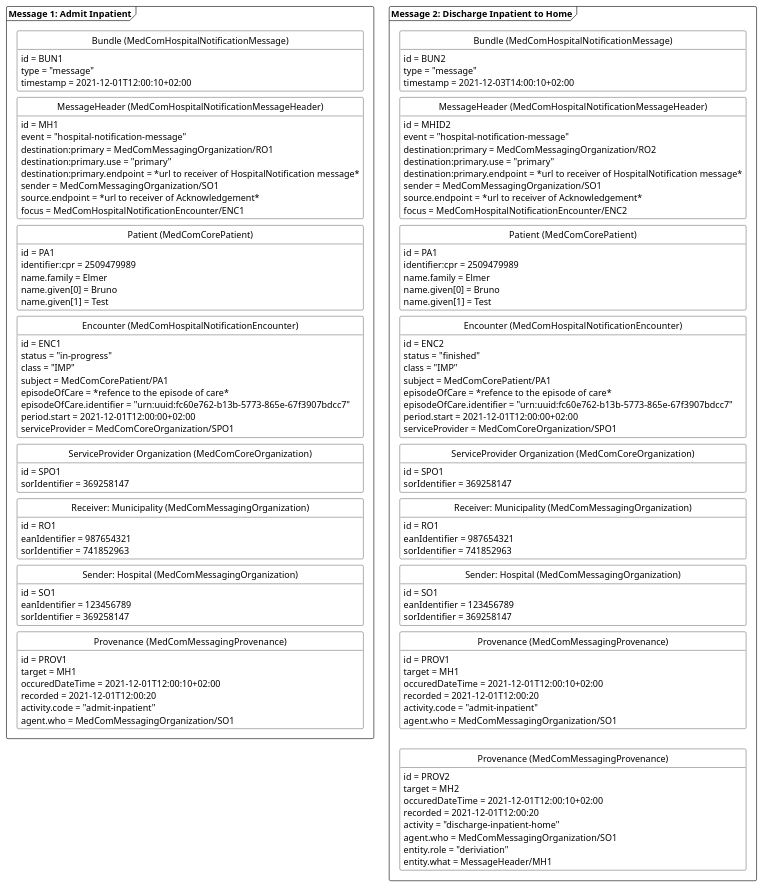
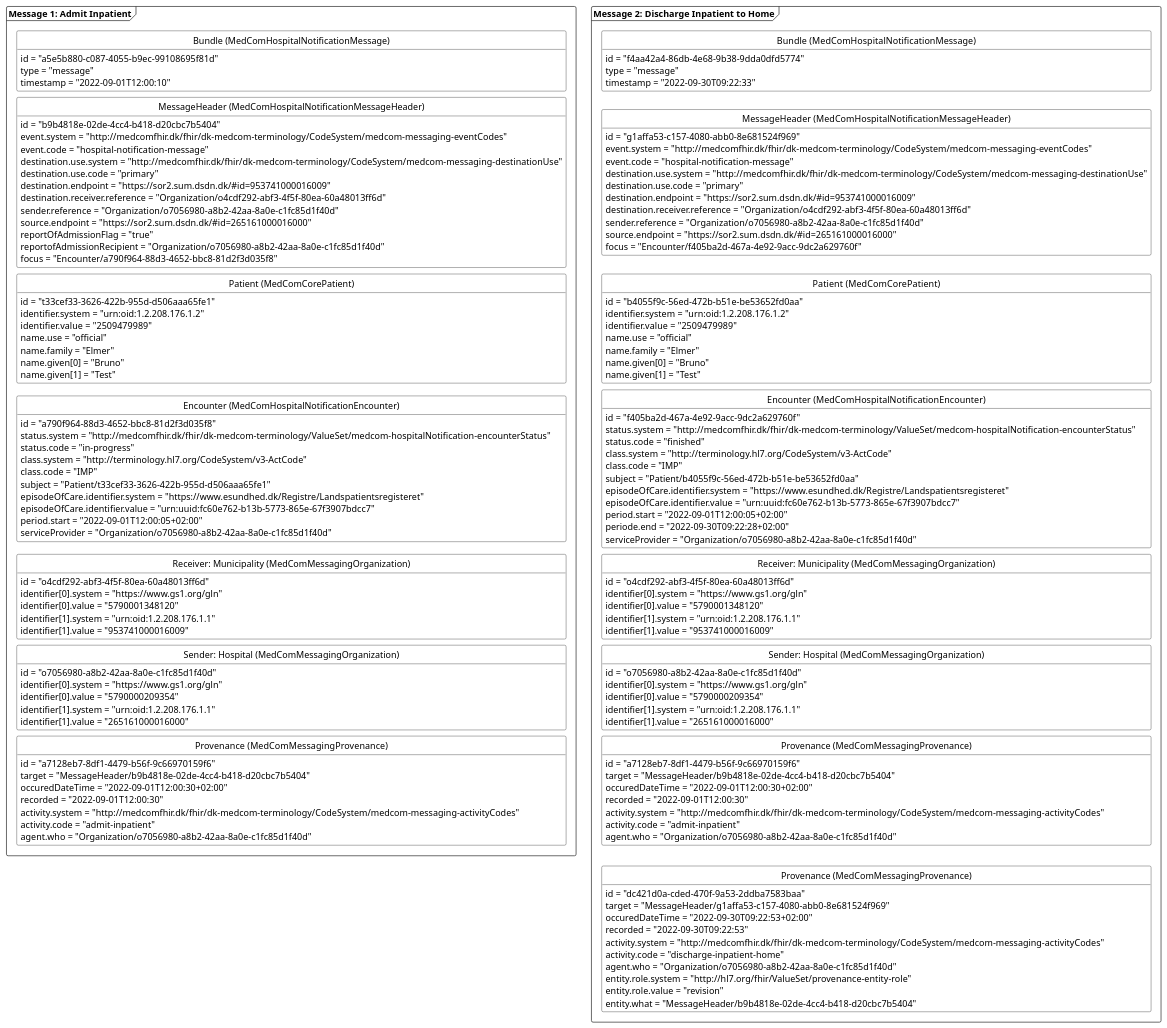
The diagram in puml/HospitalNotificationAdmitFinish.puml (medcomdk/dk-medcom-hospitalnotification), drawn with PlantUML before and after one commit. The commit also changed 22 other files, not shown here.

```diff
--- a/puml/HospitalNotificationAdmitFinish.puml
+++ b/puml/HospitalNotificationAdmitFinish.puml
@@ -1,165 +1,176 @@
-@startuml HNAdmitFinish
+@startuml HNAdmitInPat
 
 'layout
 skinparam class {
     BackgroundColor White
     BorderColor Black
     ArrowColor Black
   }
 hide circle
 hide empty members
 skinparam SameClassWidth true
 skinparam Ranksep 10
 
-
-'title
-'title Simplified example: Admit and Discharge Inpatient
-
 'Message 1: Admit inpatient
 package "Message 1: Admit Inpatient" as admit <<Frame>>{
     class "Bundle (MedComHospitalNotificationMessage)" as admitB{
-        id = BUN1
+        id = "a5e5b880-c087-4055-b9ec-99108695f81d"
         type = "message"
-        timestamp = 2021-12-01T12:00:10+02:00
+        timestamp = "2022-09-01T12:00:10"
     }
     class "MessageHeader (MedComHospitalNotificationMessageHeader)" as admitMH{
-        id = MH1
-        event = "hospital-notification-message"
-        destination:primary = MedComMessagingOrganization/RO1
-        destination:primary.use = "primary"
-        destination:primary.endpoint = *url to receiver of HospitalNotification message*
-        sender = MedComMessagingOrganization/SO1
-        source.endpoint = *url to receiver of Acknowledgement*
-        focus = MedComHospitalNotificationEncounter/ENC1
+        id = "b9b4818e-02de-4cc4-b418-d20cbc7b5404"
+        event.system = "http://medcomfhir.dk/fhir/dk-medcom-terminology/CodeSystem/medcom-messaging-eventCodes"
+        event.code = "hospital-notification-message"
+        destination.use.system = "http://medcomfhir.dk/fhir/dk-medcom-terminology/CodeSystem/medcom-messaging-destinationUse"
+        destination.use.code = "primary"
+        destination.endpoint = "https://sor2.sum.dsdn.dk/#id=953741000016009"
+        destination.receiver.reference = "Organization/o4cdf292-abf3-4f5f-80ea-60a48013ff6d"
+        sender.reference = "Organization/o7056980-a8b2-42aa-8a0e-c1fc85d1f40d"
+        source.endpoint = "https://sor2.sum.dsdn.dk/#id=265161000016000"
+        reportOfAdmissionFlag = "true"
+        reportofAdmissionRecipient = "Organization/o7056980-a8b2-42aa-8a0e-c1fc85d1f40d"
+        focus = "Encounter/a790f964-88d3-4652-bbc8-81d2f3d035f8"
     }
     class "Patient (MedComCorePatient)" as admitPT{
-        id = PA1
-        identifier:cpr = 2509479989
-        name.family = Elmer
-        name.given[0] = Bruno
-        name.given[1] = Test
+        id = "t33cef33-3626-422b-955d-d506aaa65fe1"
+        identifier.system = "urn:oid:1.2.208.176.1.2"
+        identifier.value = "2509479989"
+        name.use = "official"
+        name.family = "Elmer"
+        name.given[0] = "Bruno"
+        name.given[1] = "Test"
     }
     class "Encounter (MedComHospitalNotificationEncounter)" as admitENC{
-        id = ENC1
-        status = "in-progress"
-        class = "IMP"
-        subject = MedComCorePatient/PA1
-        episodeOfCare = *refence to the episode of care*
-        episodeOfCare.identifier = "urn:uuid:fc60e762-b13b-5773-865e-67f3907bdcc7"
-        period.start = 2021-12-01T12:00:00+02:00
-        serviceProvider = MedComCoreOrganization/SPO1
+        id = "a790f964-88d3-4652-bbc8-81d2f3d035f8"
+        status.system = "http://medcomfhir.dk/fhir/dk-medcom-terminology/ValueSet/medcom-hospitalNotification-encounterStatus"
+        status.code = "in-progress"
+        class.system = "http://terminology.hl7.org/CodeSystem/v3-ActCode"
+        class.code = "IMP"
+        subject = "Patient/t33cef33-3626-422b-955d-d506aaa65fe1"
+        episodeOfCare.identifier.system = "https://www.esundhed.dk/Registre/Landspatientsregisteret"
+        episodeOfCare.identifier.value = "urn:uuid:fc60e762-b13b-5773-865e-67f3907bdcc7"
+        period.start = "2022-09-01T12:00:05+02:00"
+        serviceProvider = "Organization/o7056980-a8b2-42aa-8a0e-c1fc85d1f40d"
     }    
-    class "ServiceProvider Organization (MedComCoreOrganization)" as admitSPOrg{
-        id = SPO1
-        sorIdentifier = 369258147
-    }
     class "Receiver: Municipality (MedComMessagingOrganization)" as admitROrg{
-        id = RO1
-        eanIdentifier = 987654321
-        sorIdentifier = 741852963
+        id = "o4cdf292-abf3-4f5f-80ea-60a48013ff6d"
+        identifier[0].system = "https://www.gs1.org/gln"
+        identifier[0].value = "5790001348120"
+        identifier[1].system = "urn:oid:1.2.208.176.1.1"
+        identifier[1].value = "953741000016009"
     }
     class "Sender: Hospital (MedComMessagingOrganization)" as admitSOrg{
-        id = SO1
-        eanIdentifier = 123456789
-        sorIdentifier = 369258147
+        id = "o7056980-a8b2-42aa-8a0e-c1fc85d1f40d"
+        identifier[0].system = "https://www.gs1.org/gln"
+        identifier[0].value = "5790000209354"
+        identifier[1].system = "urn:oid:1.2.208.176.1.1"
+        identifier[1].value = "265161000016000"
     }
     class "Provenance  (MedComMessagingProvenance)" as admitPRO{
-        id = PROV1
-        target = MH1
-        occuredDateTime = 2021-12-01T12:00:10+02:00
-        recorded = 2021-12-01T12:00:20
+        id = "a7128eb7-8df1-4479-b56f-9c66970159f6"
+        target = "MessageHeader/b9b4818e-02de-4cc4-b418-d20cbc7b5404"
+        occuredDateTime = "2022-09-01T12:00:30+02:00"
+        recorded = "2022-09-01T12:00:30"
+        activity.system = "http://medcomfhir.dk/fhir/dk-medcom-terminology/CodeSystem/medcom-messaging-activityCodes"
         activity.code = "admit-inpatient"
-        agent.who = MedComMessagingOrganization/SO1
+        agent.who = "Organization/o7056980-a8b2-42aa-8a0e-c1fc85d1f40d"
     }
 
 admitB -[hidden]- admitMH
 admitMH-[hidden]-admitPT
 admitPT-[hidden]-admitENC
-admitENC-[hidden]-admitSPOrg
-admitSPOrg-[hidden]-admitROrg
+admitENC-[hidden]-admitROrg
 admitROrg-[hidden]-admitSOrg
 admitSOrg-[hidden]-admitPRO
 }
 
-'Message 2: Finished inpatient
 package "Message 2: Discharge Inpatient to Home" as finished <<Frame>>{
     class "Bundle  (MedComHospitalNotificationMessage)" as finishedB{
-        id = BUN2
+        id = "f4aa42a4-86db-4e68-9b38-9dda0dfd5774"
         type = "message"
-        timestamp = 2021-12-03T14:00:10+02:00
+        timestamp = "2022-09-30T09:22:33"
     }
     class "MessageHeader  (MedComHospitalNotificationMessageHeader)" as finishedMH{
-        id = MHID2
-        event = "hospital-notification-message"
-        destination:primary = MedComMessagingOrganization/RO2
-        destination:primary.use = "primary"
-        destination:primary.endpoint = *url to receiver of HospitalNotification message*
-        sender = MedComMessagingOrganization/SO1
-        source.endpoint = *url to receiver of Acknowledgement*
-        focus = MedComHospitalNotificationEncounter/ENC2
+        id = "g1affa53-c157-4080-abb0-8e681524f969"
+        event.system = "http://medcomfhir.dk/fhir/dk-medcom-terminology/CodeSystem/medcom-messaging-eventCodes"
+        event.code = "hospital-notification-message"
+        destination.use.system = "http://medcomfhir.dk/fhir/dk-medcom-terminology/CodeSystem/medcom-messaging-destinationUse"
+        destination.use.code = "primary"
+        destination.endpoint = "https://sor2.sum.dsdn.dk/#id=953741000016009"
+        destination.receiver.reference = "Organization/o4cdf292-abf3-4f5f-80ea-60a48013ff6d"
+        sender.reference = "Organization/o7056980-a8b2-42aa-8a0e-c1fc85d1f40d"
+        source.endpoint = "https://sor2.sum.dsdn.dk/#id=265161000016000"
+        focus = "Encounter/f405ba2d-467a-4e92-9acc-9dc2a629760f"
     }
     class "Patient  (MedComCorePatient)" as finishedPT{
-        id = PA1
-        identifier:cpr = 2509479989
-        name.family = Elmer
-        name.given[0] = Bruno
-        name.given[1] = Test
+        id = "b4055f9c-56ed-472b-b51e-be53652fd0aa"
+        identifier.system = "urn:oid:1.2.208.176.1.2"
+        identifier.value = "2509479989"
+        name.use = "official"
+        name.family = "Elmer"
+        name.given[0] = "Bruno"
+        name.given[1] = "Test"
     }
     class "Encounter  (MedComHospitalNotificationEncounter)" as finishedENC{
-        id = ENC2
-        status = "finished"
-        class = "IMP"
-        subject = MedComCorePatient/PA1
-        episodeOfCare = *refence to the episode of care*
-        episodeOfCare.identifier = "urn:uuid:fc60e762-b13b-5773-865e-67f3907bdcc7"
-        period.start = 2021-12-01T12:00:00+02:00
-        serviceProvider = MedComCoreOrganization/SPO1
-    }
-    class "ServiceProvider Organization (MedComCoreOrganization)" as finishedSPOrg{
-        id = SPO1 
-        sorIdentifier = 369258147
-    }    
+        id = "f405ba2d-467a-4e92-9acc-9dc2a629760f"
+        status.system = "http://medcomfhir.dk/fhir/dk-medcom-terminology/ValueSet/medcom-hospitalNotification-encounterStatus"
+        status.code = "finished"
+        class.system = "http://terminology.hl7.org/CodeSystem/v3-ActCode"
+        class.code = "IMP"
+        subject = "Patient/b4055f9c-56ed-472b-b51e-be53652fd0aa"
+        episodeOfCare.identifier.system = "https://www.esundhed.dk/Registre/Landspatientsregisteret"
+        episodeOfCare.identifier.value = "urn:uuid:fc60e762-b13b-5773-865e-67f3907bdcc7"
+        period.start = "2022-09-01T12:00:05+02:00"
+        periode.end = "2022-09-30T09:22:28+02:00"
+        serviceProvider = "Organization/o7056980-a8b2-42aa-8a0e-c1fc85d1f40d"
+    } 
     class "Receiver: Municipality (MedComMessagingOrganization)" as finishedROrg{
-        id = RO1
-        eanIdentifier = 987654321
-        sorIdentifier = 741852963
+        id = "o4cdf292-abf3-4f5f-80ea-60a48013ff6d"
+        identifier[0].system = "https://www.gs1.org/gln"
+        identifier[0].value = "5790001348120"
+        identifier[1].system = "urn:oid:1.2.208.176.1.1"
+        identifier[1].value = "953741000016009"
     }
     class "Sender: Hospital (MedComMessagingOrganization)" as finishedSOrg{
-        id = SO1
-        eanIdentifier = 123456789
-        sorIdentifier = 369258147
-    }    
+        id = "o7056980-a8b2-42aa-8a0e-c1fc85d1f40d"
+        identifier[0].system = "https://www.gs1.org/gln"
+        identifier[0].value = "5790000209354"
+        identifier[1].system = "urn:oid:1.2.208.176.1.1"
+        identifier[1].value = "265161000016000"
+    } 
     class "Provenance (MedComMessagingProvenance)" as admitfinishedPRO{
-        id = PROV1
-        target = MH1
-        occuredDateTime = 2021-12-01T12:00:10+02:00
-        recorded = 2021-12-01T12:00:20
+        id = "a7128eb7-8df1-4479-b56f-9c66970159f6"
+        target = "MessageHeader/b9b4818e-02de-4cc4-b418-d20cbc7b5404"
+        occuredDateTime = "2022-09-01T12:00:30+02:00"
+        recorded = "2022-09-01T12:00:30"
+        activity.system = "http://medcomfhir.dk/fhir/dk-medcom-terminology/CodeSystem/medcom-messaging-activityCodes"
         activity.code = "admit-inpatient"
-        agent.who = MedComMessagingOrganization/SO1
+        agent.who = "Organization/o7056980-a8b2-42aa-8a0e-c1fc85d1f40d"
     }
     class "Provenance (MedComMessagingProvenance)" as finishedPRO{
-        id = PROV2        
-        target = MH2
-        occuredDateTime = 2021-12-01T12:00:10+02:00
-        recorded = 2021-12-01T12:00:20
-        activity = "discharge-inpatient-home"
-        agent.who = MedComMessagingOrganization/SO1
-        entity.role = "deriviation"
-        entity.what = MessageHeader/MH1
+        id = "dc421d0a-cded-470f-9a53-2ddba7583baa"
+        target = "MessageHeader/g1affa53-c157-4080-abb0-8e681524f969"
+        occuredDateTime = "2022-09-30T09:22:53+02:00"
+        recorded = "2022-09-30T09:22:53"
+        activity.system = "http://medcomfhir.dk/fhir/dk-medcom-terminology/CodeSystem/medcom-messaging-activityCodes"
+        activity.code = "discharge-inpatient-home"
+        agent.who = "Organization/o7056980-a8b2-42aa-8a0e-c1fc85d1f40d"
+        entity.role.system = "http://hl7.org/fhir/ValueSet/provenance-entity-role"
+        entity.role.value = "revision"
+        entity.what = "MessageHeader/b9b4818e-02de-4cc4-b418-d20cbc7b5404"
     }
 finishedB-[hidden]-finishedMH
 finishedMH-[hidden]-finishedPT
 finishedPT-[hidden]-finishedENC
-finishedENC-[hidden]-finishedSPOrg
-finishedSPOrg-[hidden]-finishedROrg
+finishedENC-[hidden]-finishedROrg
 finishedROrg-[hidden]-finishedSOrg
 finishedSOrg-[hidden]-admitfinishedPRO
 admitfinishedPRO-[hidden]-finishedPRO
 
 }
-
 ' pile mellem de to beskeder
 ' admit --> finished
 
 
 @enduml
```
